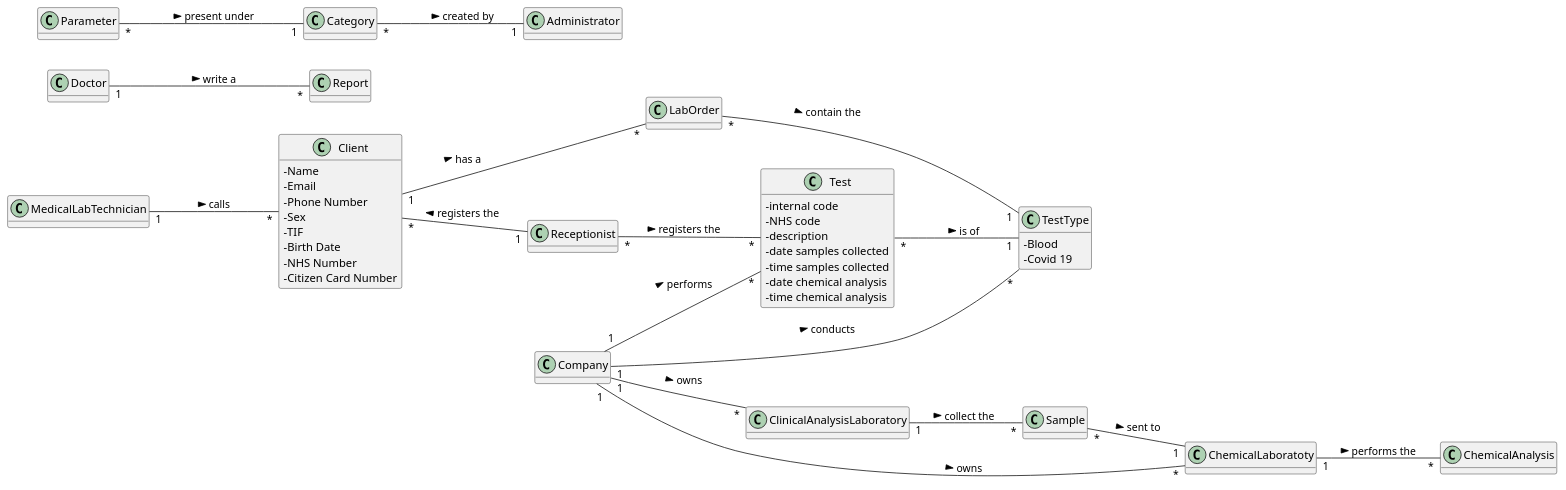
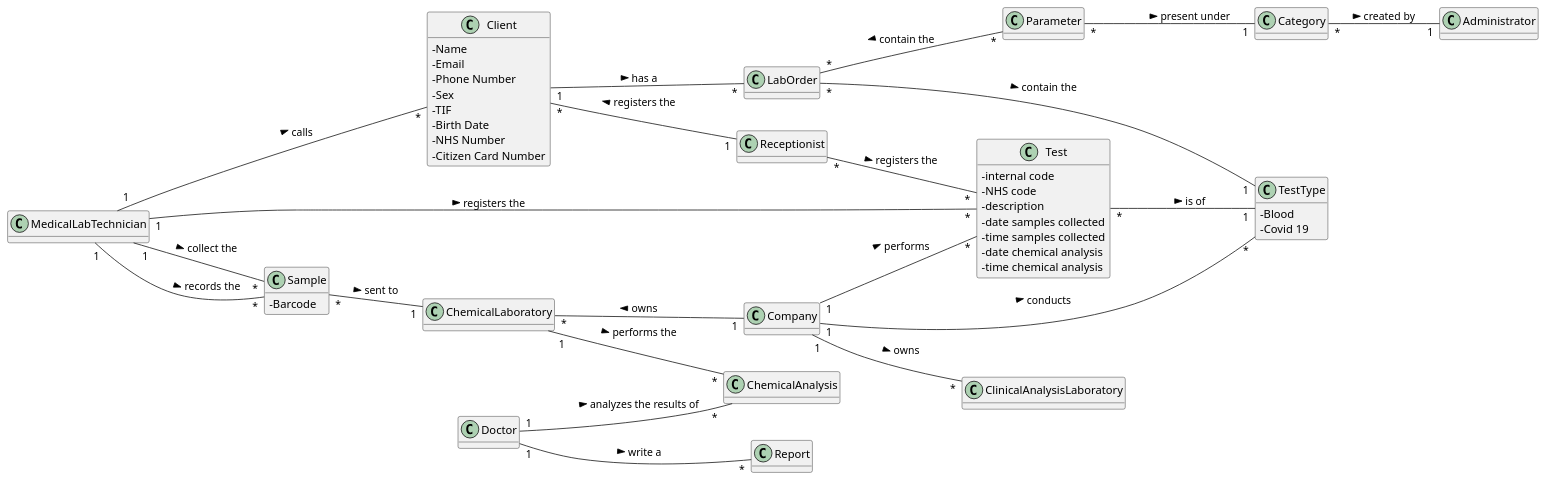
One commit to manu-07-ela/LAPR2_ISEP changed the diagram in docs/SprintA/Artifacts/DM.puml. Above: the diagram before and after it, drawn with PlantUML. The commit also changed 1 other file, not shown here.

```diff
--- a/docs/SprintA/Artifacts/DM.puml
+++ b/docs/SprintA/Artifacts/DM.puml
@@ -1,106 +1,111 @@
 @startuml
 'https://plantuml.com/class-diagram
 
 hide methods
 left to right direction
 skinparam classAttributeIconSize 0
 
 class Receptionist {
 
 }
 
 class Client {
  - Name
  - Email
  - Phone Number
  - Sex
  - TIF
  - Birth Date
  - NHS Number
  - Citizen Card Number
 
 }
 
 class Doctor {
 
 }
 
 class Administrator{
 
 }
 
 
 
 class LabOrder {
 
 }
 
 class Category {
 
 }
 
 class TestType {
 - Blood
 - Covid 19
 }
 
 class Sample {
-
+- Barcode
 }
 
 class Report {
 
 }
 
 class Test {
 - internal code
 - NHS code
 - description
 - date samples collected
 - time samples collected
 - date chemical analysis
 - time chemical analysis
 }
 
 class Parameter {
 
 }
 
 class Company {
 
 }
 
-class ChemicalLaboratoty{
+class ChemicalLaboratory{
 
 }
 
 class MedicalLabTechnician {
 
 }
 
 class ChemicalAnalysis {
 
 }
 
 class ClinicalAnalysisLaboratory{
 
 }
 
 Client "*" -- "1" Receptionist: registers the <
 LabOrder "*" -- "1" TestType: contain the >
 Client "1" -- "*" LabOrder: has a >
 Doctor "1" -- "*" Report: write a >
 Receptionist "*" -- "*" Test: registers the >
 Test "*" -- "1" TestType: is of >
 Parameter "*" -- "1" Category: present under >
 Category "*" -- "1" Administrator: created by >
 Company "1" -- "*" Test: performs >
-Sample "*" -- "1" ChemicalLaboratoty: sent to >
+Sample "*" -- "1" ChemicalLaboratory: sent to >
 Company "1" -- "*" TestType: conducts >
 MedicalLabTechnician "1" -- "*" Client: calls >
-ChemicalLaboratoty "1" -- "*" ChemicalAnalysis: performs the >
-ClinicalAnalysisLaboratory "1" -- "*" Sample: collect the >
+ChemicalLaboratory "1" -- "*" ChemicalAnalysis: performs the >
+MedicalLabTechnician "1" -- "*" Sample: records the >
 Company "1" -- "*" ClinicalAnalysisLaboratory: owns >
-Company "1" -- "*" ChemicalLaboratoty: owns >
+ChemicalLaboratory "*" -- "1" Company: owns <
+LabOrder "*" -- "*" Parameter: contain the <
+MedicalLabTechnician "1" -- "*" Test: registers the >
+MedicalLabTechnician "1" -- "*" Sample: collect the >
+Doctor "1" -- "*" ChemicalAnalysis: analyzes the results of >
+
 
 @enduml
```
